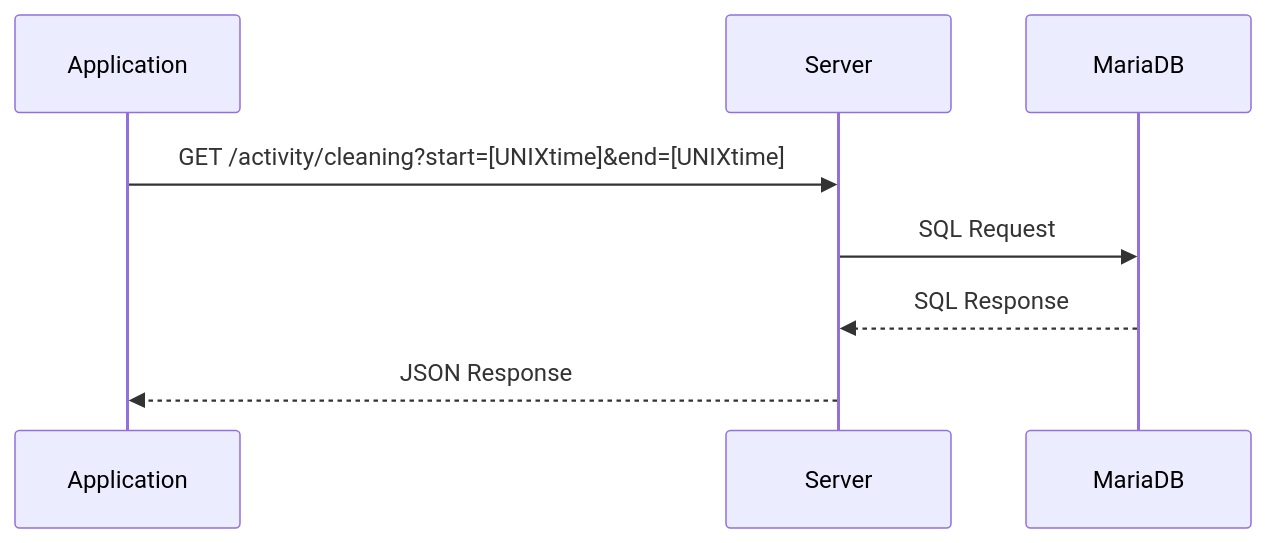
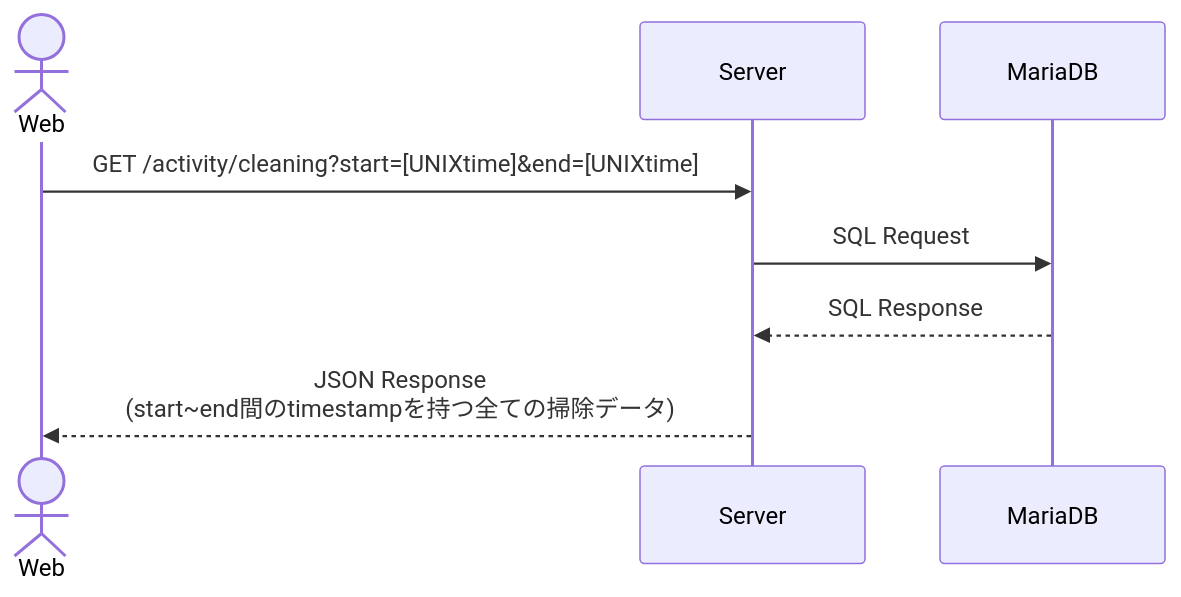
The diagram in doc/sequence/getCleaningInfo.md (42association/42ActivityAPI), drawn with Mermaid before and after one commit.

Commit message:
fix sequence

````diff
--- a/doc/sequence/getCleaningInfo.md
+++ b/doc/sequence/getCleaningInfo.md
@@ -3,11 +3,13 @@
 ```mermaid
 sequenceDiagram
 
-participant Application
+actor web as Web
+
+participant web
 participant Server
 participant MariaDB
-Application->>Server: GET /activity/cleaning?start=[UNIXtime]&end=[UNIXtime]
+web->>Server: GET /activity/cleaning?start=[UNIXtime]&end=[UNIXtime]
 Server->>MariaDB: SQL Request
 MariaDB-->>Server: SQL Response
-Server-->>Application: JSON Response
+Server-->>web: JSON Response<br>(start~end間のtimestampを持つ全ての掃除データ)
 ```
````
